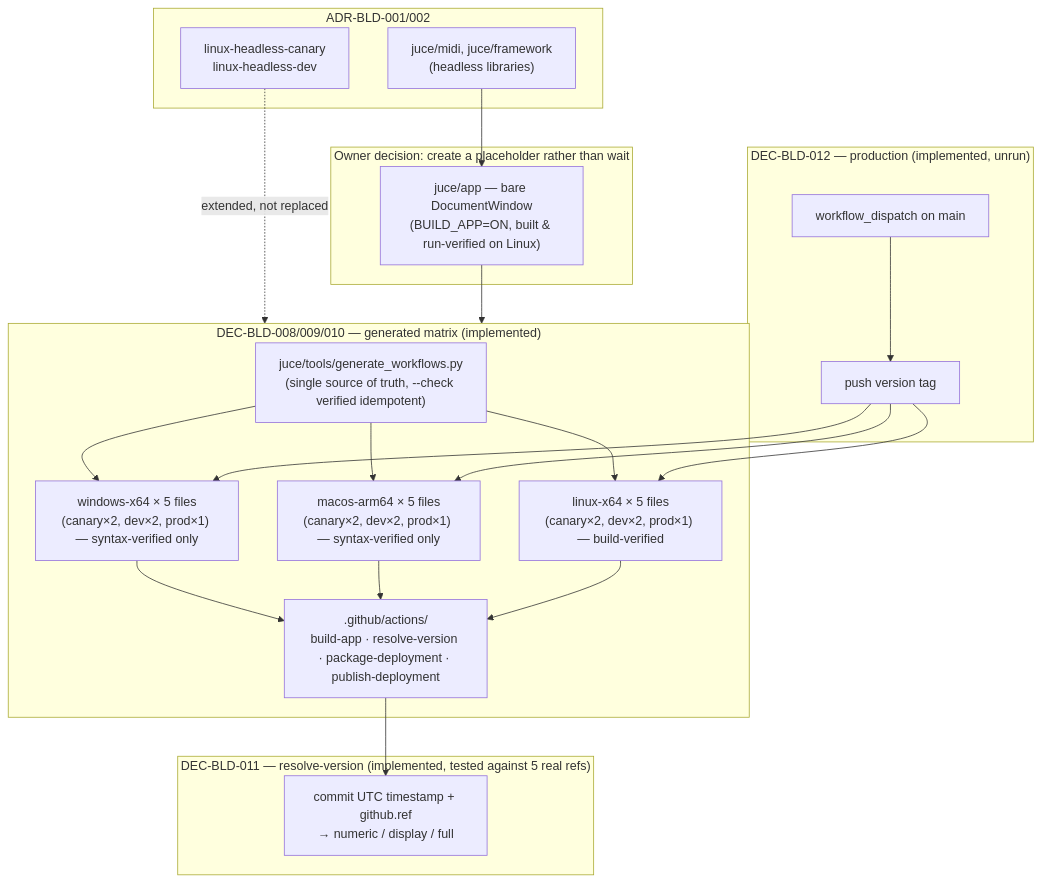
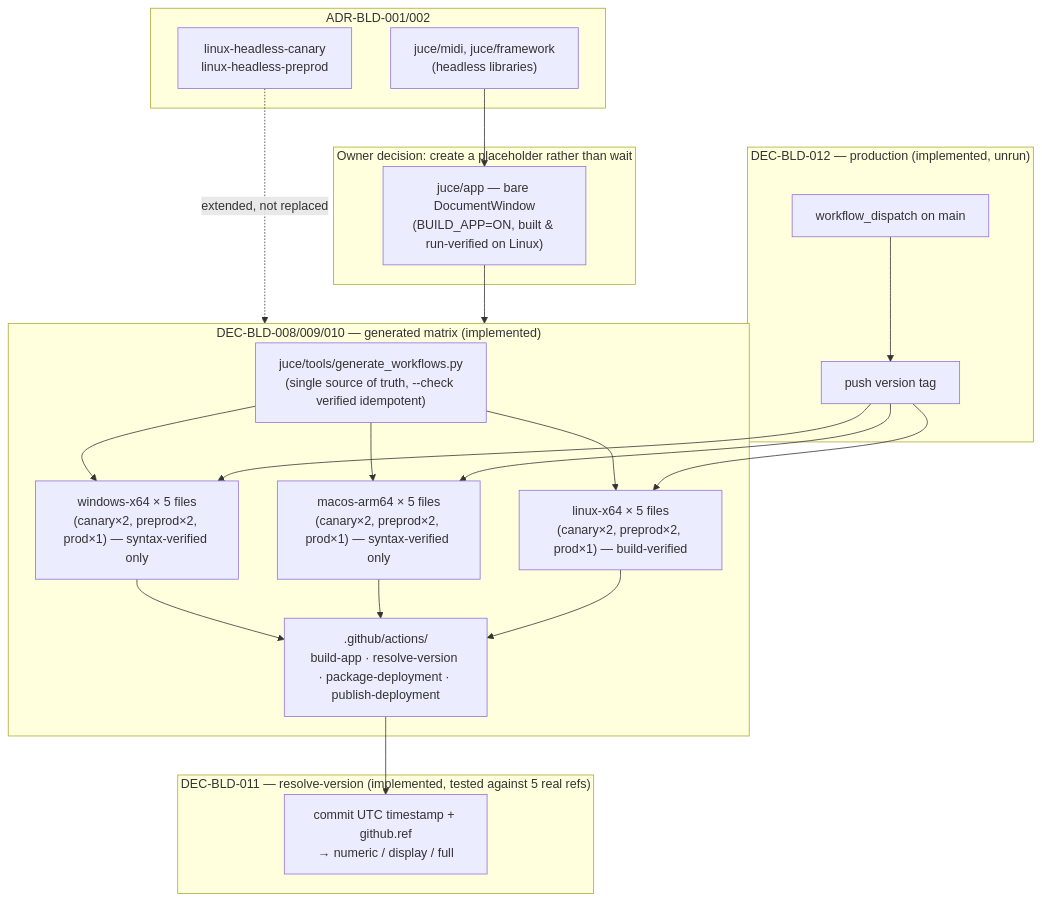
One commit to xplorer2716/XS56K changed the diagram in process/2.architecture/ADR-BLD-003-deployment-matrix-and-versioning.md. Above: the diagram before and after it, drawn with Mermaid. The commit also changed other lines of this file and 20 other files, not shown here.

````diff
--- a/process/2.architecture/ADR-BLD-003-deployment-matrix-and-versioning.md
+++ b/process/2.architecture/ADR-BLD-003-deployment-matrix-and-versioning.md
@@ -120,39 +120,39 @@
 ```mermaid
 flowchart TD
     subgraph today["ADR-BLD-001/002"]
         MIDI["juce/midi, juce/framework<br/>(headless libraries)"]
-        CI2["linux-headless-canary<br/>linux-headless-dev"]
+        CI2["linux-headless-canary<br/>linux-headless-preprod"]
     end
 
     subgraph placeholder["Owner decision: create a placeholder rather than wait"]
         APP["juce/app — bare DocumentWindow<br/>(BUILD_APP=ON, built &amp; run-verified on Linux)"]
     end
 
     subgraph matrix["DEC-BLD-008/009/010 — generated matrix (implemented)"]
         GEN["juce/tools/generate_workflows.py<br/>(single source of truth, --check verified idempotent)"]
         ACTIONS[".github/actions/<br/>build-app · resolve-version · package-deployment · publish-deployment"]
-        GEN --> W1["windows-x64 × 5 files<br/>(canary×2, dev×2, prod×1) — syntax-verified only"]
-        GEN --> W2["macos-arm64 × 5 files<br/>(canary×2, dev×2, prod×1) — syntax-verified only"]
-        GEN --> W3["linux-x64 × 5 files<br/>(canary×2, dev×2, prod×1) — build-verified"]
+        GEN --> W1["windows-x64 × 5 files<br/>(canary×2, preprod×2, prod×1) — syntax-verified only"]
+        GEN --> W2["macos-arm64 × 5 files<br/>(canary×2, preprod×2, prod×1) — syntax-verified only"]
+        GEN --> W3["linux-x64 × 5 files<br/>(canary×2, preprod×2, prod×1) — build-verified"]
         W1 --> ACTIONS
         W2 --> ACTIONS
         W3 --> ACTIONS
     end
 
     subgraph ver["DEC-BLD-011 — resolve-version (implemented, tested against 5 real refs)"]
         DERIVE["commit UTC timestamp + github.ref<br/>→ numeric / display / full"]
     end
 
     subgraph cut["DEC-BLD-012 — production (implemented, unrun)"]
         DISPATCH["workflow_dispatch on main"]
         TAG["push version tag"]
         DISPATCH --> TAG --> W1
         TAG --> W2
         TAG --> W3
     end
 
     MIDI --> APP
     CI2 -.->|"extended, not replaced"| matrix
     APP --> matrix
     ACTIONS --> DERIVE
 ```
````
